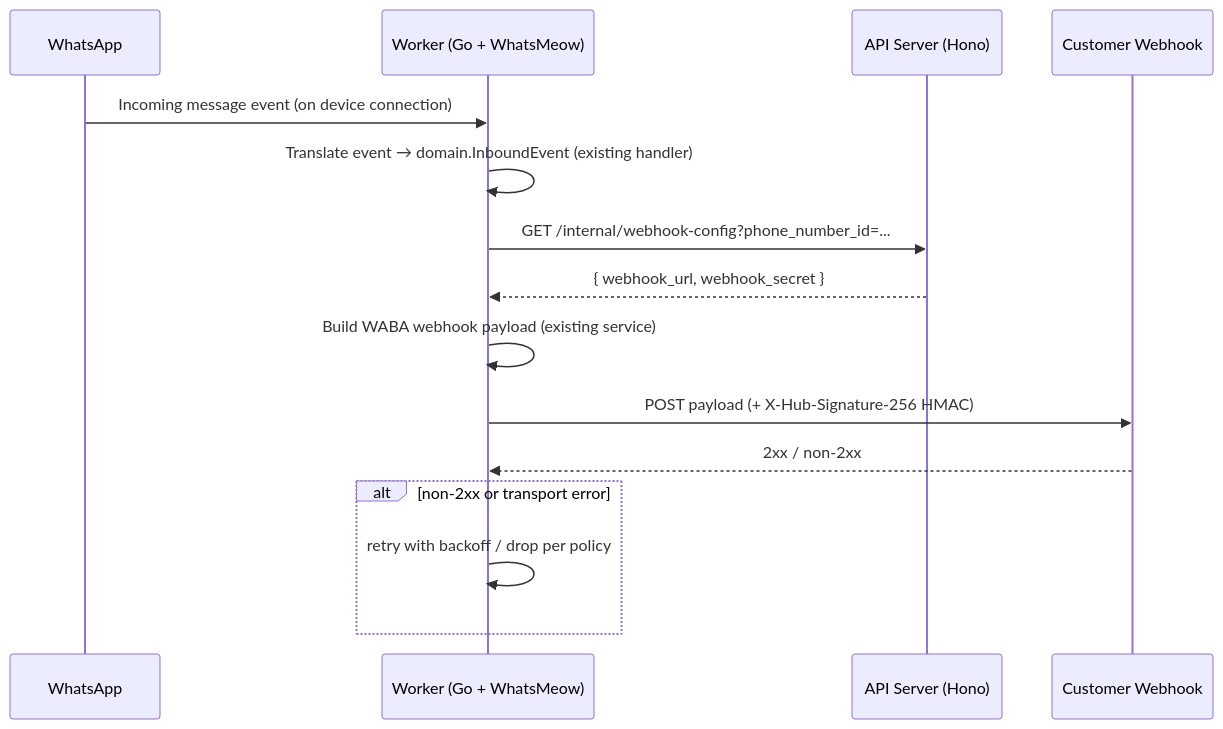
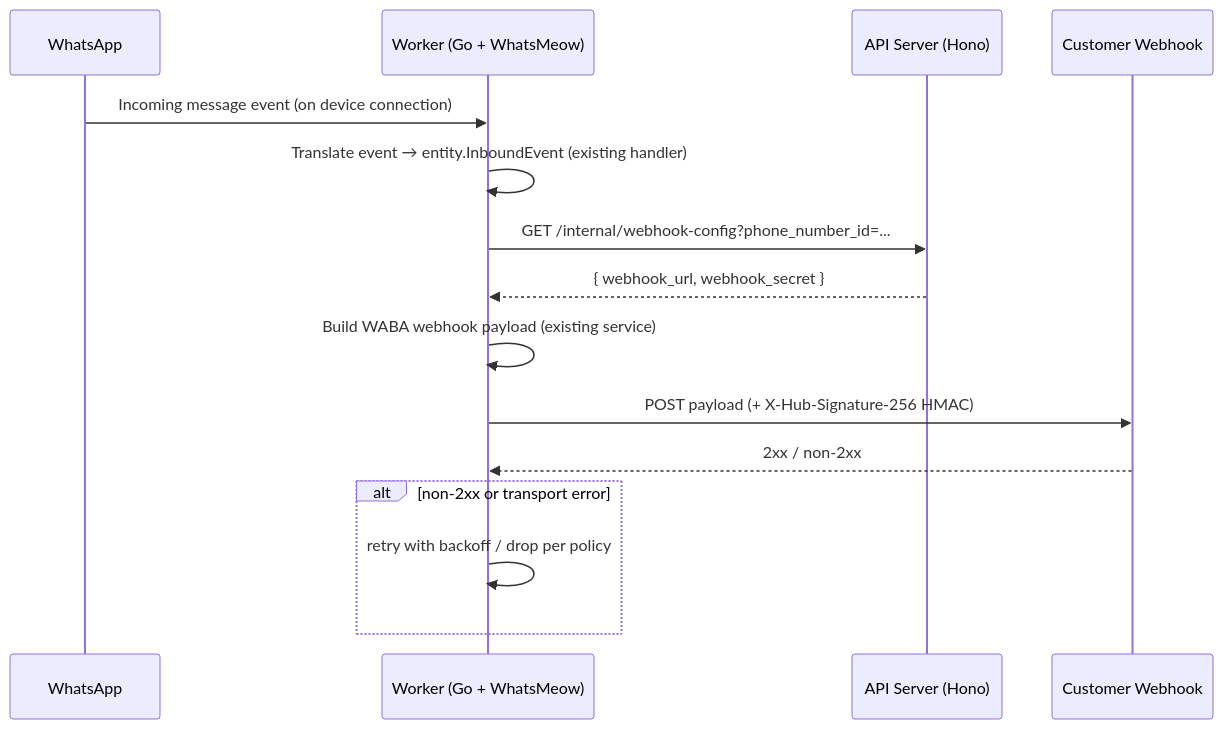
Before and after one commit to nexusmsg/nexus-oss: the third of 3 diagrams in .opencode/plans/split-architecture.md, drawn with Mermaid. The commit also changed other lines of this file and 106 other files, not shown here.

````diff
--- a/.opencode/plans/split-architecture.md
+++ b/.opencode/plans/split-architecture.md
@@ -113,18 +113,18 @@
 ```mermaid
 sequenceDiagram
     participant A as WhatsApp
     participant W as Worker (Go + WhatsMeow)
     participant H as API Server (Hono)
     participant C as Customer Webhook
 
     A->>W: Incoming message event (on device connection)
-    W->>W: Translate event → domain.InboundEvent (existing handler)
+    W->>W: Translate event → entity.InboundEvent (existing handler)
     W->>H: GET /internal/webhook-config?phone_number_id=...
     H-->>W: { webhook_url, webhook_secret }
     W->>W: Build WABA webhook payload (existing service)
     W->>C: POST payload (+ X-Hub-Signature-256 HMAC)
     C-->>W: 2xx / non-2xx
     alt non-2xx or transport error
         W->>W: retry with backoff / drop per policy
     end
 ```
````
